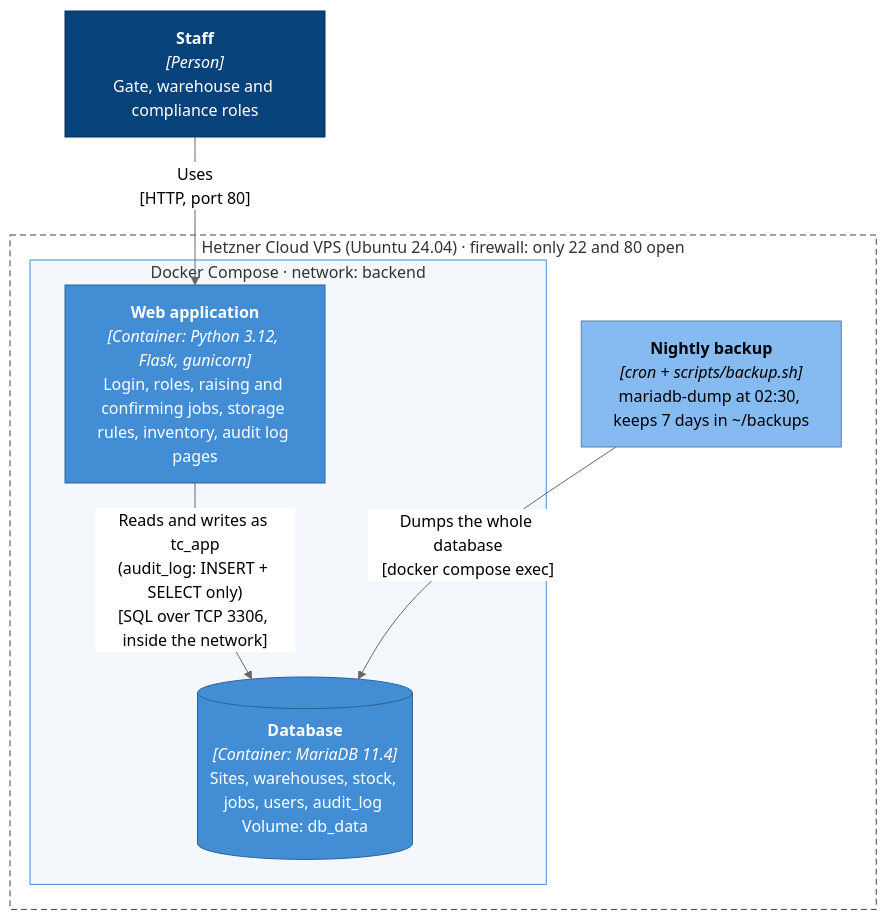
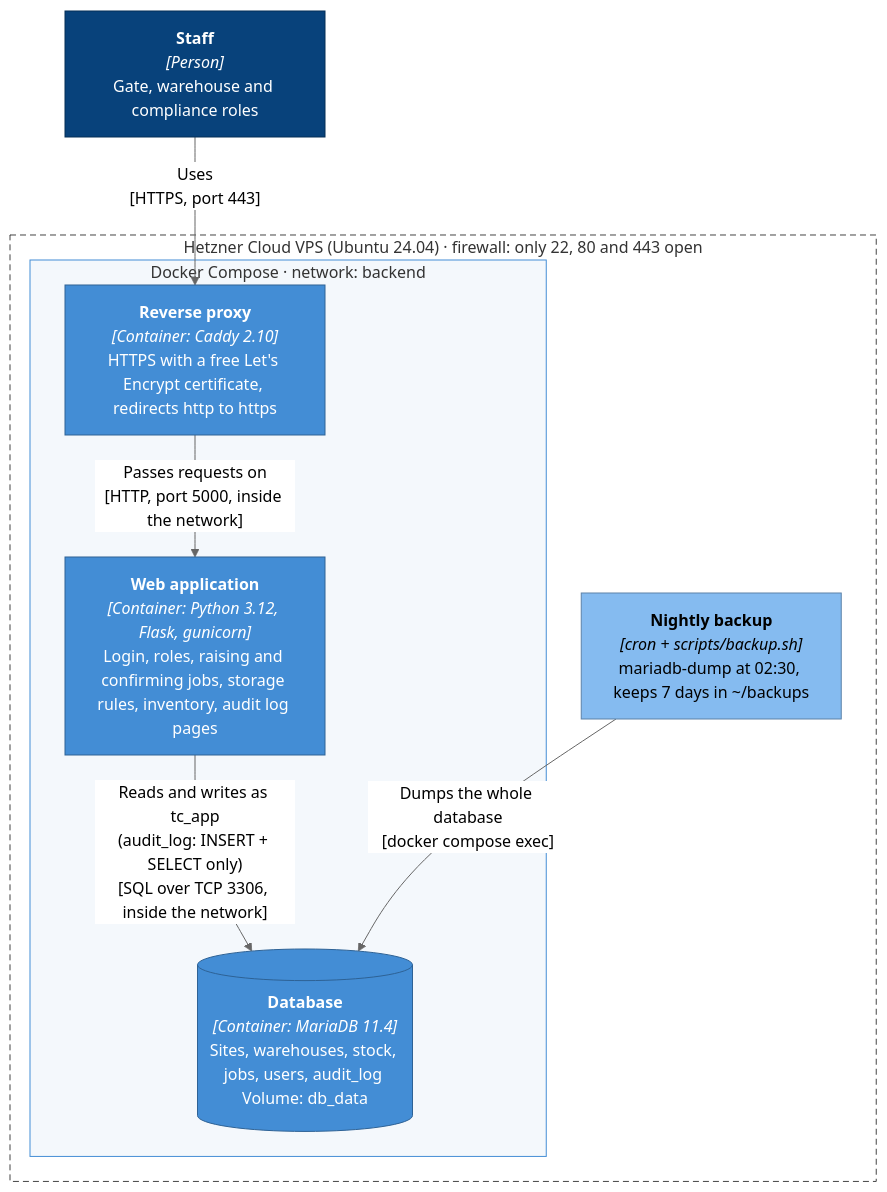
One commit to Arhqirah/toxic-chemical-compliance changed the diagram in docs/architecture/c4-2-container.mmd. Above: the diagram before and after it, drawn with Mermaid (neutral theme). The commit also changed 6 other files, not shown here.

First line of the commit message:
Serve the live app over HTTPS with Caddy (#19)

```diff
--- a/docs/architecture/c4-2-container.mmd
+++ b/docs/architecture/c4-2-container.mmd
@@ -1,24 +1,26 @@
 %% C4 level 2: Containers
 flowchart TB
     staff["<b>Staff</b><br/><i>[Person]</i><br/>Gate, warehouse and compliance roles"]
 
-    subgraph vps["Hetzner Cloud VPS (Ubuntu 24.04) · firewall: only 22 and 80 open"]
+    subgraph vps["Hetzner Cloud VPS (Ubuntu 24.04) · firewall: only 22, 80 and 443 open"]
         subgraph compose["Docker Compose · network: backend"]
+            proxy["<b>Reverse proxy</b><br/><i>[Container: Caddy 2.10]</i><br/>HTTPS with a free Let's Encrypt certificate, redirects http to https"]
             app["<b>Web application</b><br/><i>[Container: Python 3.12, Flask, gunicorn]</i><br/>Login, roles, raising and confirming jobs, storage rules, inventory, audit log pages"]
             db[("<b>Database</b><br/><i>[Container: MariaDB 11.4]</i><br/>Sites, warehouses, stock, jobs, users, audit_log Volume: db_data")]
         end
         backup["<b>Nightly backup</b><br/><i>[cron + scripts/backup.sh]</i><br/>mariadb-dump at 02:30, keeps 7 days in ~/backups"]
     end
 
-    staff -- "Uses<br/>[HTTP, port 80]" --> app
+    staff -- "Uses<br/>[HTTPS, port 443]" --> proxy
+    proxy -- "Passes requests on<br/>[HTTP, port 5000, inside the network]" --> app
     app -- "Reads and writes as tc_app<br/>(audit_log: INSERT + SELECT only)<br/>[SQL over TCP 3306, inside the network]" --> db
     backup -- "Dumps the whole database<br/>[docker compose exec]" --> db
 
     classDef person fill:#08427b,stroke:#052e56,color:#fff
     classDef container fill:#438dd5,stroke:#2e6295,color:#fff
     classDef support fill:#85bbf0,stroke:#5d82a8,color:#000
     class staff person
-    class app,db container
+    class proxy,app,db container
     class backup support
     style vps fill:#ffffff,stroke:#444,stroke-dasharray: 6 4
     style compose fill:#f4f8fc,stroke:#438dd5
```
